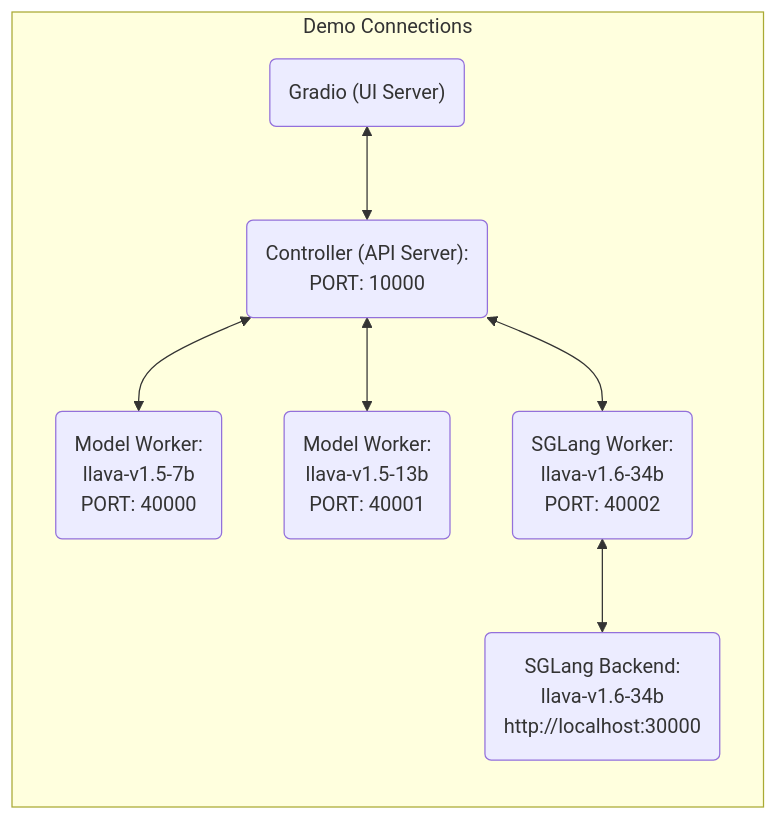
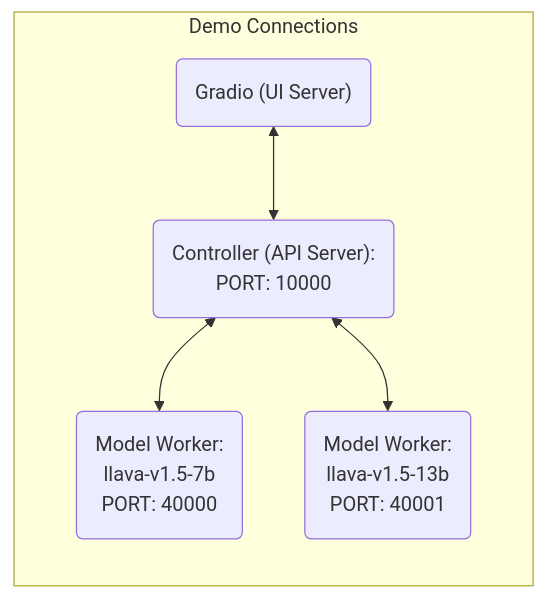
The diagram in README.md (PKU-Alignment/align-anything), drawn with Mermaid before and after one commit. The commit also changed other lines of this file and 4 other files, not shown here.

````diff
--- a/README.md
+++ b/README.md
@@ -301,30 +301,25 @@
 ```mermaid
 flowchart BT
     %% Declare Nodes
     gws("Gradio (UI Server)")
     c("Controller (API Server):<br/>PORT: 10000")
     mw7b("Model Worker:<br/>llava-v1.5-7b<br/>PORT: 40000")
     mw13b("Model Worker:<br/>llava-v1.5-13b<br/>PORT: 40001")
-    sglw13b("SGLang Backend:<br/>llava-v1.6-34b<br/>http://localhost:30000")
-    lsglw13b("SGLang Worker:<br/>llava-v1.6-34b<br/>PORT: 40002")
 
     %% Declare Styles
     classDef data fill:#3af,stroke:#48a,stroke-width:2px,color:#444
     classDef success fill:#8f8,stroke:#0a0,stroke-width:2px,color:#444
     classDef failure fill:#f88,stroke:#f00,stroke-width:2px,color:#444
 
     %% Assign Styles
     class id,od data;
     class cimg,cs_s,scsim_s success;
     class ncimg,cs_f,scsim_f failure;
 
     subgraph Demo Connections
         direction BT
         c<-->gws
-        
         mw7b<-->c
         mw13b<-->c
-        lsglw13b<-->c
-        sglw13b<-->lsglw13b
     end
 ```
````
